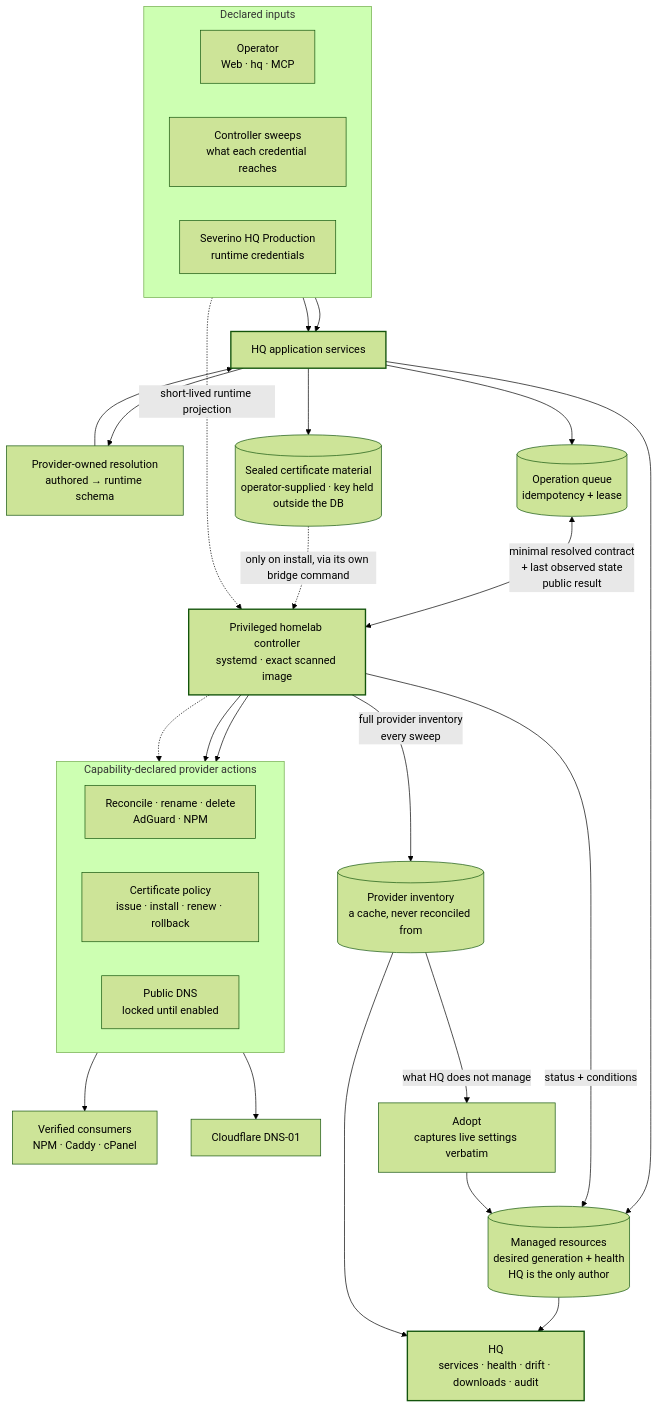
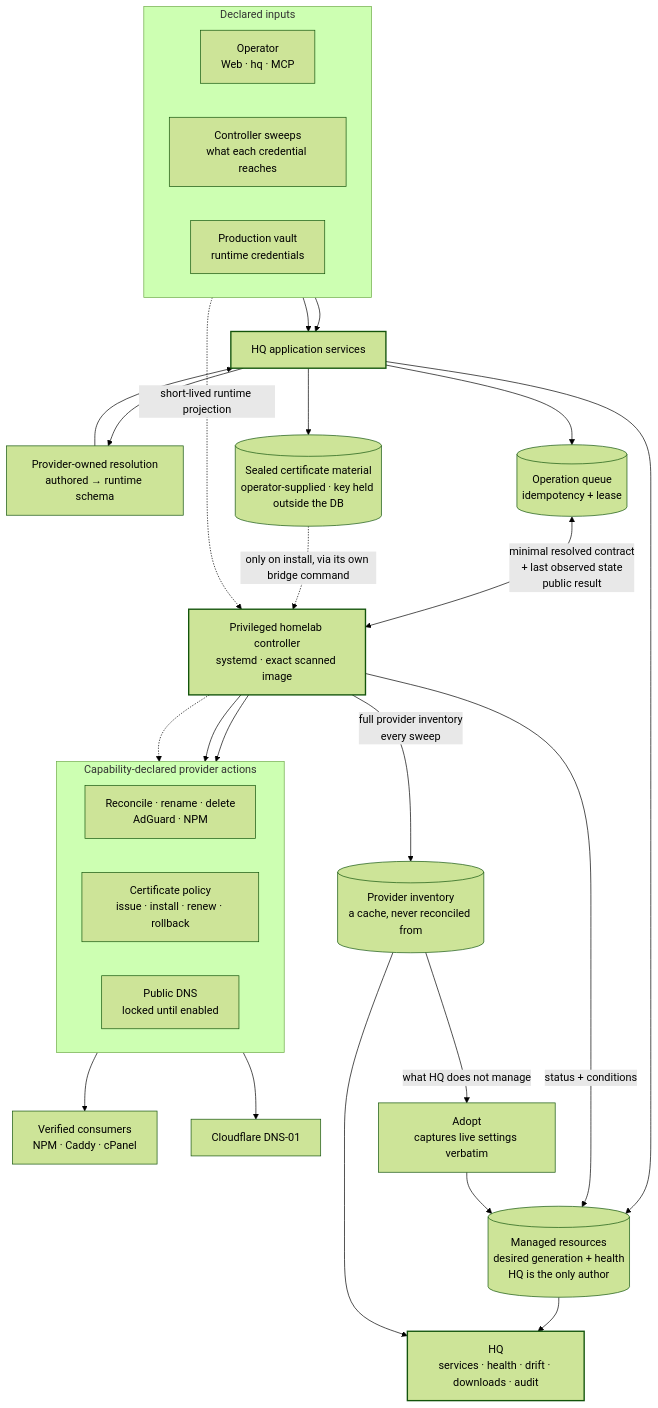
Before and after one commit to joeseverino/severino-hq: the diagram in docs/diagrams/infrastructure-control-plane.mmd, drawn with Mermaid (forest theme). The commit also changed 11 other files, not shown here.

```diff
--- a/docs/diagrams/infrastructure-control-plane.mmd
+++ b/docs/diagrams/infrastructure-control-plane.mmd
@@ -1,44 +1,44 @@
 flowchart TB
     subgraph inputs["Declared inputs"]
         direction LR
         operator["Operator<br/>Web · hq · MCP"]
         sweeps["Controller sweeps<br/>what each credential reaches"]
-        secrets["Severino HQ Production<br/>runtime credentials"]
+        secrets["Production vault<br/>runtime credentials"]
     end
 
     operator --> services["HQ application services"]
     sweeps --> services
     services --> resolver["Provider-owned resolution<br/>authored → runtime schema"]
     resolver --> services
 
     services --> desired[("Managed resources<br/>desired generation + health<br/>HQ is the only author")]
     services --> queue[("Operation queue<br/>idempotency + lease")]
     services --> material[("Sealed certificate material<br/>operator-supplied · key held outside the DB")]
 
     queue <-->|"minimal resolved contract<br/>+ last observed state<br/>public result"| controller["Privileged homelab controller<br/>systemd · exact scanned image"]
     material -. "only on install, via its own bridge command" .-> controller
     secrets -. "short-lived runtime projection" .-> controller
 
     subgraph outcomes["Capability-declared provider actions"]
         direction LR
         internal["Reconcile · rename · delete<br/>AdGuard · NPM"]
         tls["Certificate policy<br/>issue · install · renew · rollback"]
         publicdns["Public DNS<br/>locked until enabled"]
     end
 
     controller --> internal
     controller --> tls
     controller -.-> publicdns
     tls --> consumers["Verified consumers<br/>NPM · Caddy · cPanel"]
     tls --> dns01["Cloudflare DNS-01"]
 
     controller -->|"status + conditions"| desired
     controller -->|"full provider inventory<br/>every sweep"| inventory[("Provider inventory<br/>a cache, never reconciled from")]
     inventory -->|"what HQ does not manage"| adopt["Adopt<br/>captures live settings verbatim"]
     adopt --> desired
 
     desired --> ui["HQ<br/>services · health · drift · downloads · audit"]
     inventory --> ui
 
     classDef anchor stroke-width:2px;
     class services,controller,ui anchor;
```
